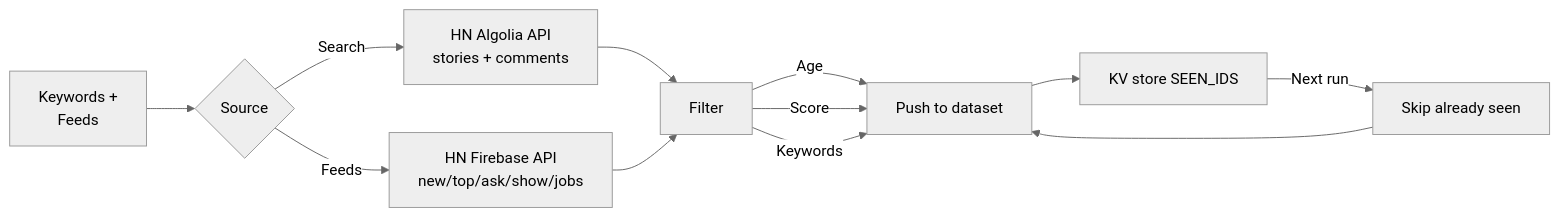
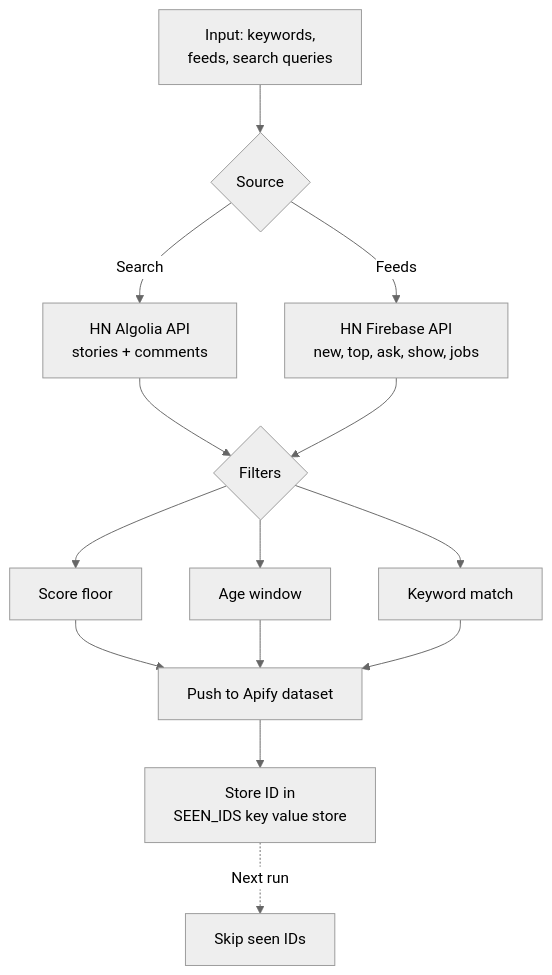
Before and after one commit to Ken-Mutisya/scrapemint: the second of 3 diagrams in actors/hn-lead-monitor/README.md, drawn with Mermaid (neutral theme). The commit also changed other lines of this file and 3 other files, not shown here.

````diff
--- a/actors/hn-lead-monitor/README.md
+++ b/actors/hn-lead-monitor/README.md
@@ -34,14 +36,14 @@
 ```mermaid
-flowchart LR
-    A[Keywords +<br/>Feeds] --> B{Source}
+flowchart TD
+    A[Input: keywords,<br/>feeds, search queries] --> B{Source}
     B -->|Search| C[HN Algolia API<br/>stories + comments]
-    B -->|Feeds| D[HN Firebase API<br/>new/top/ask/show/jobs]
-    C --> E[Filter]
+    B -->|Feeds| D[HN Firebase API<br/>new, top, ask, show, jobs]
+    C --> E{Filters}
     D --> E
-    E -->|Age| F[Push to dataset]
-    E -->|Score| F
-    E -->|Keywords| F
-    F --> G[KV store SEEN_IDS]
-    G -->|Next run| H[Skip already seen]
-    H --> F
+    E --> F[Score floor]
+    E --> G[Age window]
+    E --> H[Keyword match]
+    F & G & H --> I[Push to Apify dataset]
+    I --> J[Store ID in<br/>SEEN_IDS key value store]
+    J -.->|Next run| K[Skip seen IDs]
 ```
````
